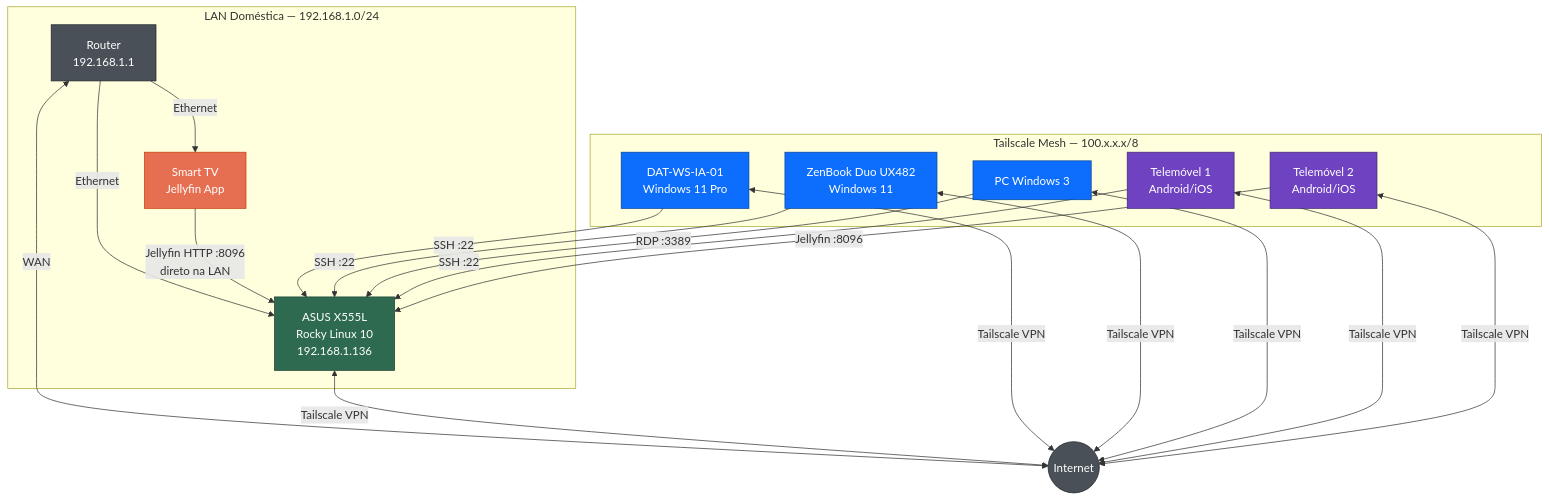
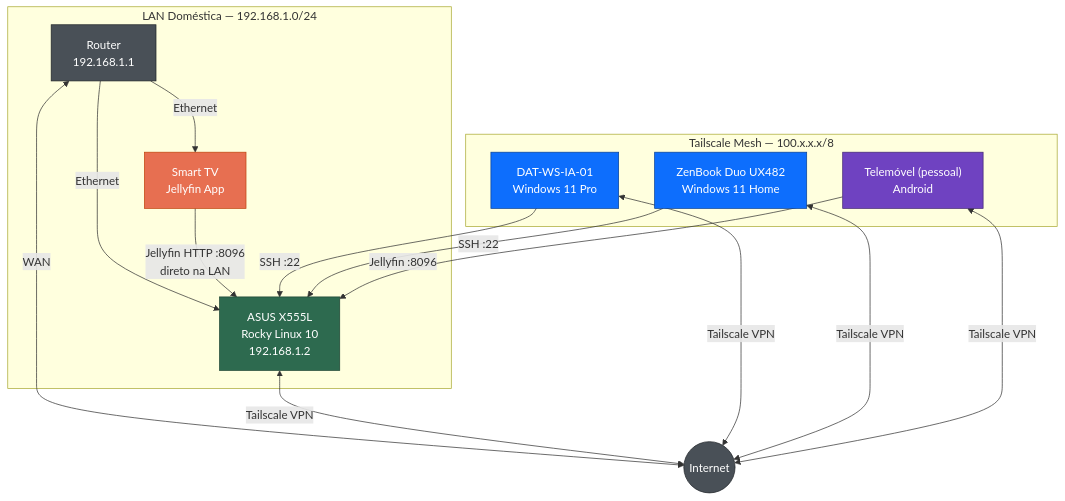
The first of 3 diagrams in docs/diagrama-rede.md (Kroatoan1979/001-26-home-server), drawn with Mermaid before and after one commit. The commit also changed other lines of this file and 19 other files, not shown here.

````diff
--- a/docs/diagrama-rede.md
+++ b/docs/diagrama-rede.md
@@ -9,49 +9,43 @@
 ```mermaid
 graph TB
     Internet(("Internet"))
 
     subgraph LAN["LAN Doméstica — 192.168.1.0/24"]
         Router["Router\n192.168.1.1"]
-        Server["ASUS X555L\nRocky Linux 10\n192.168.1.136"]
+        Server["ASUS X555L\nRocky Linux 10\n192.168.1.2"]
         TV["Smart TV\nJellyfin App"]
     end
 
     subgraph Tailnet["Tailscale Mesh — 100.x.x.x/8"]
         WS["DAT-WS-IA-01\nWindows 11 Pro"]
-        ZB["ZenBook Duo UX482\nWindows 11"]
-        PC3["PC Windows 3"]
-        TM1["Telemóvel 1\nAndroid/iOS"]
-        TM2["Telemóvel 2\nAndroid/iOS"]
+        ZB["ZenBook Duo UX482\nWindows 11 Home"]
+        TM1["Telemóvel (pessoal)\nAndroid"]
     end
 
     Router <-->|WAN| Internet
     Router -->|Ethernet| Server
     Router -->|Ethernet| TV
 
     TV -->|"Jellyfin HTTP :8096\ndireto na LAN"| Server
 
     Server <-->|"Tailscale VPN"| Internet
     WS <-->|"Tailscale VPN"| Internet
     ZB <-->|"Tailscale VPN"| Internet
-    PC3 <-->|"Tailscale VPN"| Internet
     TM1 <-->|"Tailscale VPN"| Internet
-    TM2 <-->|"Tailscale VPN"| Internet
 
     WS -->|"SSH :22"| Server
     ZB -->|"SSH :22"| Server
-    PC3 -->|"RDP :3389"| Server
-    TM1 -->|"SSH :22"| Server
-    TM2 -->|"Jellyfin :8096"| Server
+    TM1 -->|"Jellyfin :8096"| Server
 
     classDef linux fill:#2d6a4f,color:#fff,stroke:#1b4332
     classDef windows fill:#0d6efd,color:#fff,stroke:#084298
     classDef mobile fill:#6f42c1,color:#fff,stroke:#432874
     classDef network fill:#495057,color:#fff,stroke:#212529
     classDef tv fill:#e76f51,color:#fff,stroke:#c1440e
 
     class Server linux
-    class WS,ZB,PC3 windows
-    class TM1,TM2 mobile
+    class WS,ZB windows
+    class TM1 mobile
     class Router,Internet network
     class TV tv
 ```
````
